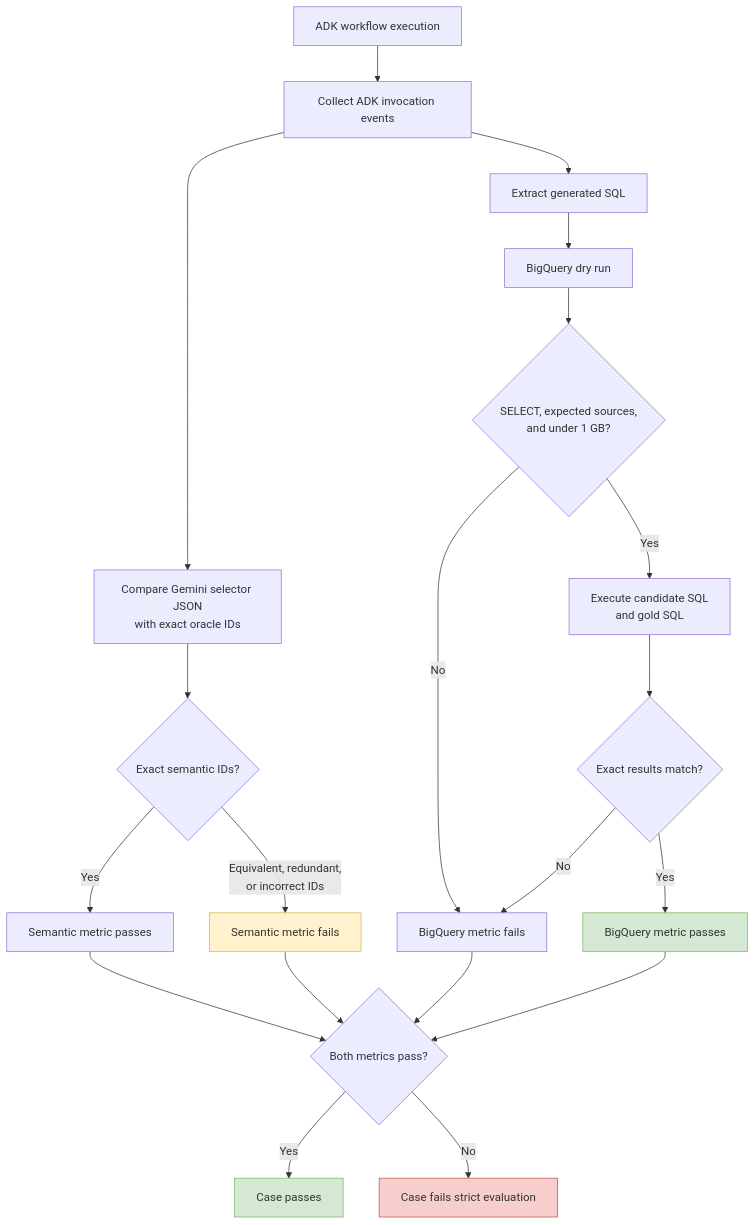
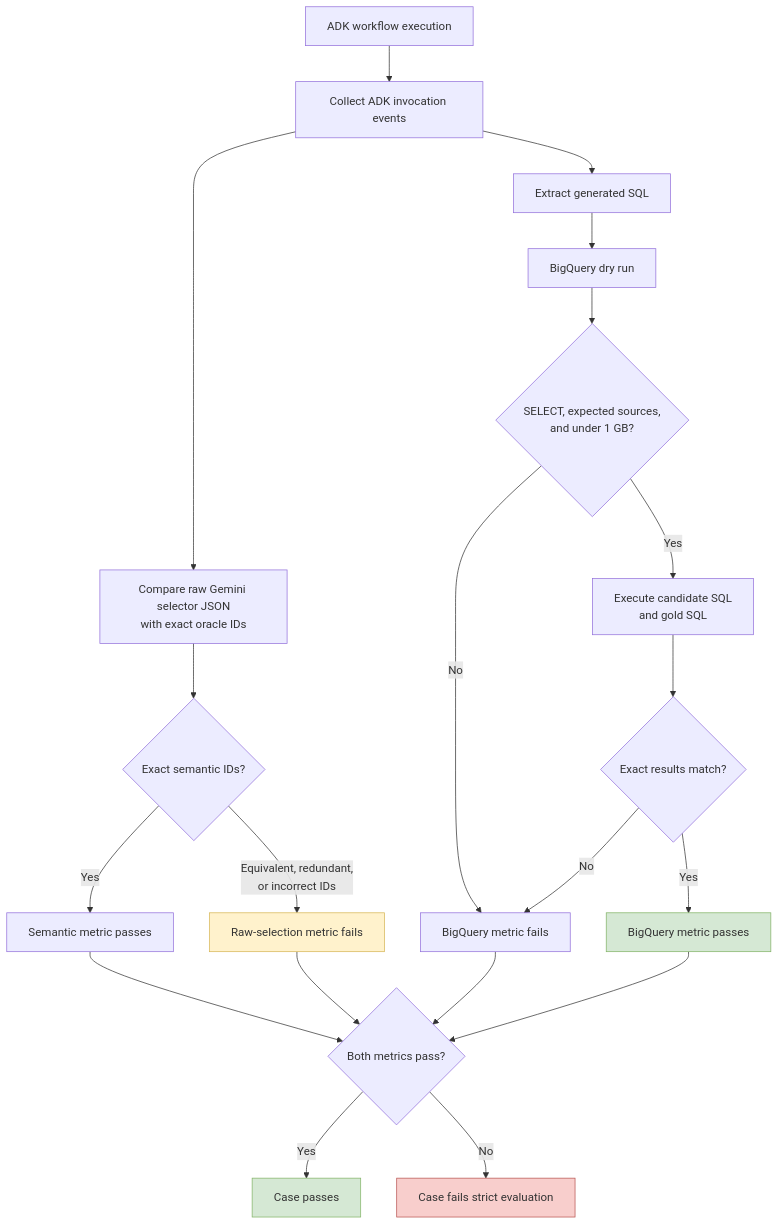
The fourth of 6 diagrams in bq_caapi_ge/advanced/app/semantic_analytics/evals/ADK_FLOW.md (johanesalxd/random-stuff), drawn with Mermaid before and after one commit. The commit also changed other lines of this file and 2 other files, not shown here.

Commit message:
docs: Clarify semantic evaluation flow

````diff
--- a/bq_caapi_ge/advanced/app/semantic_analytics/evals/ADK_FLOW.md
+++ b/bq_caapi_ge/advanced/app/semantic_analytics/evals/ADK_FLOW.md
@@ -104,32 +230,32 @@
 ```mermaid
 flowchart TD
     RUN[ADK workflow execution] --> EVENTS[Collect ADK invocation events]
 
-    EVENTS --> SEM["Compare Gemini selector JSON<br/>with exact oracle IDs"]
+    EVENTS --> SEM["Compare raw Gemini selector JSON<br/>with exact oracle IDs"]
     EVENTS --> SQL[Extract generated SQL]
 
     SQL --> DRY[BigQuery dry run]
     DRY --> SAFE{"SELECT, expected sources,<br/>and under 1 GB?"}
     SAFE -->|No| RESULTFAIL[BigQuery metric fails]
     SAFE -->|Yes| BOTH["Execute candidate SQL<br/>and gold SQL"]
     BOTH --> COMPARE{Exact results match?}
     COMPARE -->|No| RESULTFAIL
     COMPARE -->|Yes| RESULTPASS[BigQuery metric passes]
 
     SEM --> EXACT{Exact semantic IDs?}
     EXACT -->|Yes| SEMPASS[Semantic metric passes]
-    EXACT -->|"Equivalent, redundant,<br/>or incorrect IDs"| SEMFAIL[Semantic metric fails]
+    EXACT -->|"Equivalent, redundant,<br/>or incorrect IDs"| SEMFAIL[Raw-selection metric fails]
 
     SEMPASS --> CASE{Both metrics pass?}
     SEMFAIL --> CASE
     RESULTPASS --> CASE
     RESULTFAIL --> CASE
 
     CASE -->|Yes| PASS[Case passes]
     CASE -->|No| FAIL[Case fails strict evaluation]
 
     style PASS fill:#d5e8d4,stroke:#82b366
     style FAIL fill:#f8cecc,stroke:#b85450
     style RESULTPASS fill:#d5e8d4,stroke:#82b366
     style SEMFAIL fill:#fff2cc,stroke:#d6b656
 ```
````
